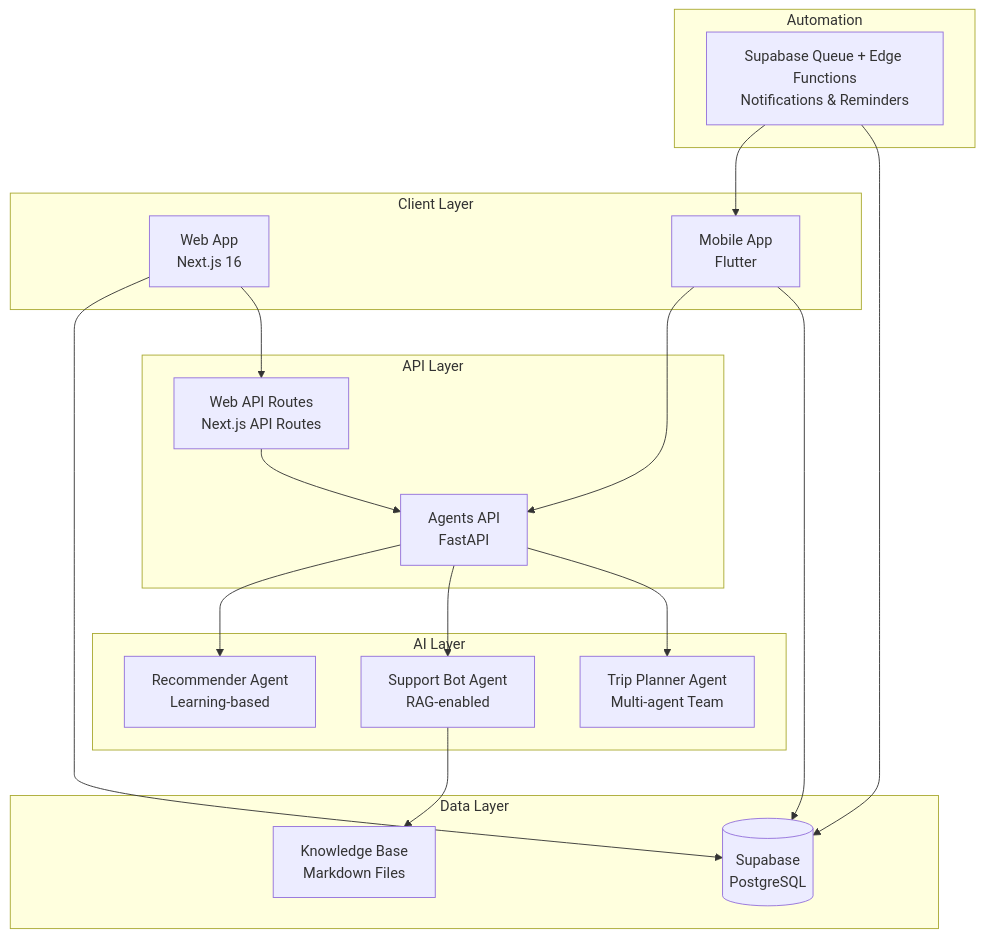
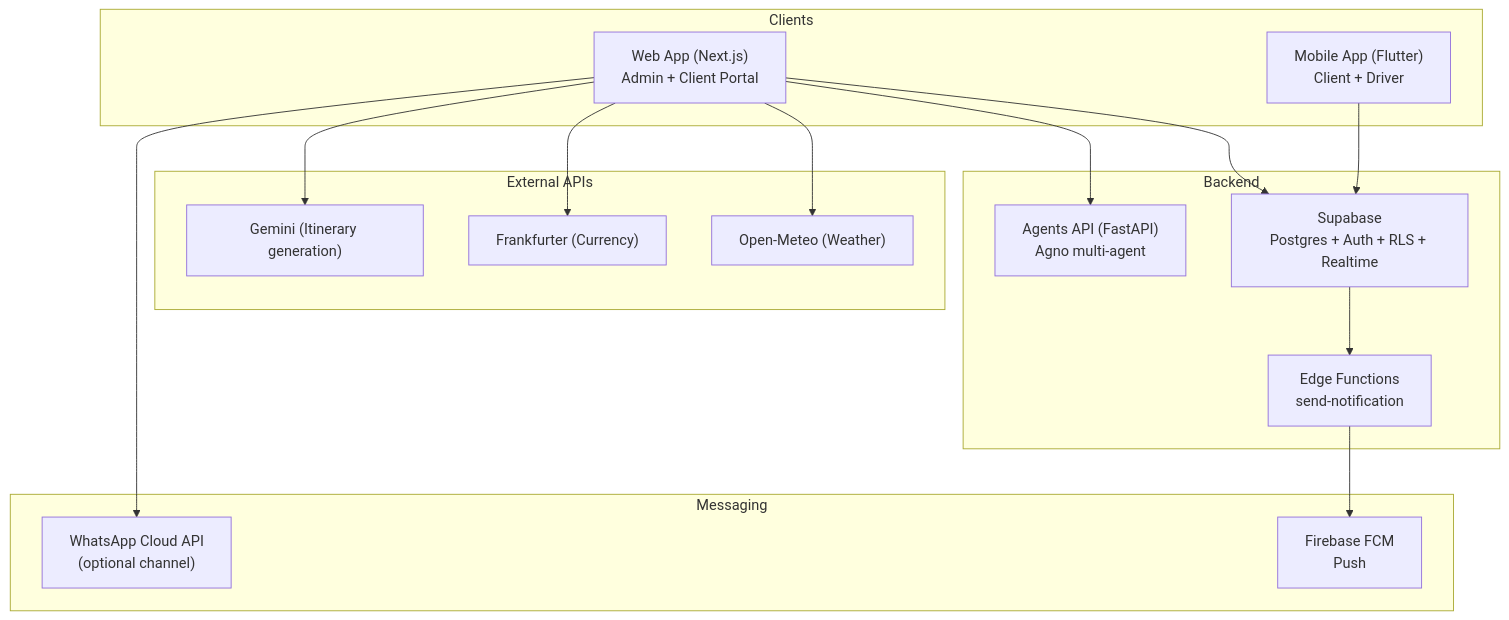
The diagram in docs/REPOSITORY_OVERVIEW.md (appreciatorme-eng/Antigravity), drawn with Mermaid before and after one commit. The commit also changed other lines of this file, not shown here.

````diff
--- a/docs/REPOSITORY_OVERVIEW.md
+++ b/docs/REPOSITORY_OVERVIEW.md
@@ -47,39 +49,34 @@
 ```mermaid
 graph TB
-    subgraph "Client Layer"
-        Web[Web App<br/>Next.js 16]
-        Mobile[Mobile App<br/>Flutter]
-    end
-    
-    subgraph "API Layer"
-        AgentsAPI[Agents API<br/>FastAPI]
-        WebAPI[Web API Routes<br/>Next.js API Routes]
-    end
-    
-    subgraph "AI Layer"
-        TripPlanner[Trip Planner Agent<br/>Multi-agent Team]
-        SupportBot[Support Bot Agent<br/>RAG-enabled]
-        Recommender[Recommender Agent<br/>Learning-based]
-    end
-    
-    subgraph "Data Layer"
-        Supabase[(Supabase<br/>PostgreSQL)]
-        Knowledge[Knowledge Base<br/>Markdown Files]
-    end
-    
-    subgraph "Automation"
-        Queue[Supabase Queue + Edge Functions<br/>Notifications & Reminders]
-    end
-    
-    Web --> WebAPI
-    Web --> Supabase
-    Mobile --> Supabase
-    Mobile --> AgentsAPI
-    WebAPI --> AgentsAPI
-    AgentsAPI --> TripPlanner
-    AgentsAPI --> SupportBot
-    AgentsAPI --> Recommender
-    SupportBot --> Knowledge
-    Queue --> Supabase
-    Queue --> Mobile
+  subgraph Clients["Clients"]
+    W["Web App (Next.js)<br/>Admin + Client Portal"]
+    M["Mobile App (Flutter)<br/>Client + Driver"]
+  end
+
+  subgraph Backend["Backend"]
+    S["Supabase<br/>Postgres + Auth + RLS + Realtime"]
+    EF["Edge Functions<br/>send-notification"]
+    A["Agents API (FastAPI)<br/>Agno multi-agent"]
+  end
+
+  subgraph Messaging["Messaging"]
+    FCM["Firebase FCM<br/>Push"]
+    WA["WhatsApp Cloud API<br/>(optional channel)"]
+  end
+
+  subgraph External["External APIs"]
+    WX["Open-Meteo (Weather)"]
+    FX["Frankfurter (Currency)"]
+    AI["Gemini (Itinerary generation)"]
+  end
+
+  W --> S
+  M --> S
+  W --> A
+  EF --> FCM
+  S --> EF
+  W --> WX
+  W --> FX
+  W --> AI
+  W --> WA
 ```
````
